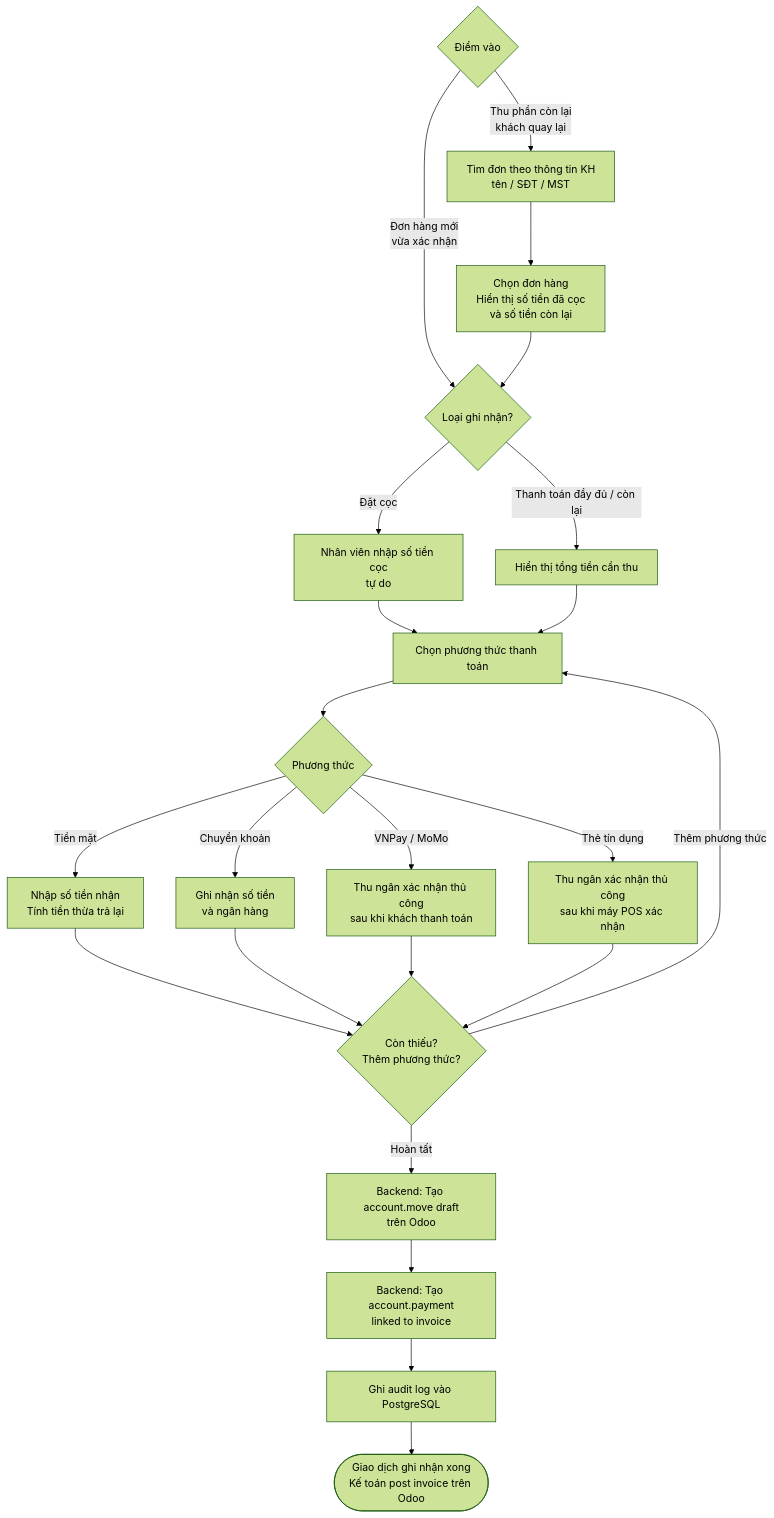
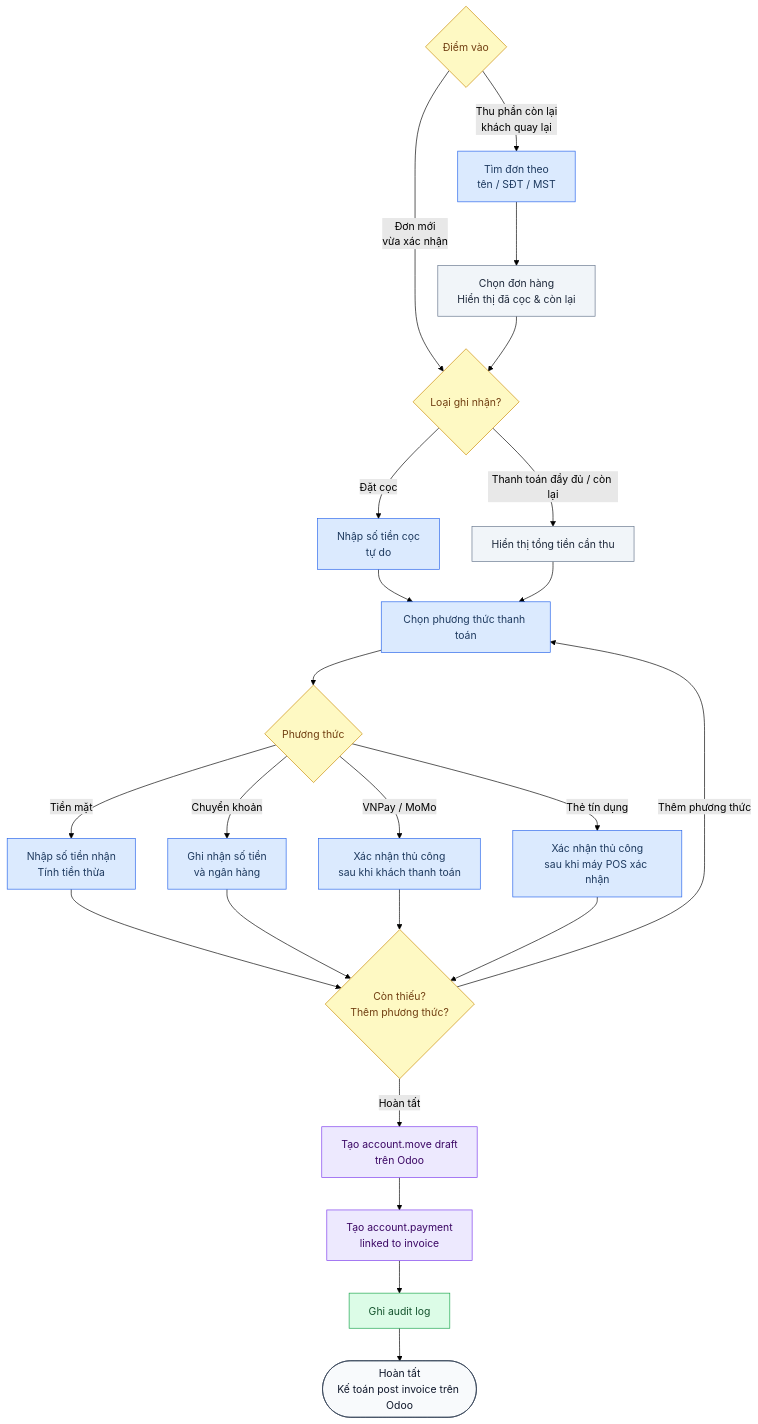
The eighth of 10 diagrams in docs/process_flow.md (ngohuuduc/VJ_mobile_POS), drawn with Mermaid (forest theme) before and after one commit. The commit also changed other lines of this file and 2 other files, not shown here.

Commit message:
Update documentation: Enhance open questions and process flow with detailed answers and color coding for clarity

````diff
--- a/docs/process_flow.md
+++ b/docs/process_flow.md
@@ -189,31 +239,32 @@
 ```mermaid
 flowchart TD
-    START{Điểm vào} -- Đơn hàng mới\nvừa xác nhận --> B
-    START -- Thu phần còn lại\nkhách quay lại --> SEARCH[Tìm đơn theo thông tin KH\ntên / SĐT / MST]
-    SEARCH --> FOUND[Chọn đơn hàng\nHiển thị số tiền đã cọc\nvà số tiền còn lại]
+    classDef user fill:#DBEAFE,stroke:#2563EB,color:#1e3a5f
+    classDef system fill:#F1F5F9,stroke:#64748B,color:#1e293b
+    classDef odoo fill:#EDE9FE,stroke:#7C3AED,color:#3b0764
+    classDef db fill:#DCFCE7,stroke:#16A34A,color:#14532d
+    classDef decision fill:#FEF9C3,stroke:#CA8A04,color:#713f12
+    classDef terminal fill:#F8FAFC,stroke:#334155,color:#0f172a
+
+    START{Điểm vào}:::decision -- Đơn mới\nvừa xác nhận --> B
+    START -- Thu phần còn lại\nkhách quay lại --> SEARCH[Tìm đơn theo\ntên / SĐT / MST]:::user
+    SEARCH --> FOUND[Chọn đơn hàng\nHiển thị đã cọc & còn lại]:::system
     FOUND --> B
-
-    B{Loại ghi nhận?}
-    B -- Đặt cọc --> C[Nhân viên nhập số tiền cọc\ntự do]
-    B -- Thanh toán đầy đủ / còn lại --> D[Hiển thị tổng tiền cần thu]
-
-    C --> E[Chọn phương thức thanh toán]
+    B{Loại ghi nhận?}:::decision -- Đặt cọc --> C[Nhập số tiền cọc\ntự do]:::user
+    B -- Thanh toán đầy đủ / còn lại --> D[Hiển thị tổng tiền cần thu]:::system
+    C --> E[Chọn phương thức thanh toán]:::user
     D --> E
-
-    E --> F{Phương thức}
-    F -- Tiền mặt --> G[Nhập số tiền nhận\nTính tiền thừa trả lại]
-    F -- Chuyển khoản --> H[Ghi nhận số tiền\nvà ngân hàng]
-    F -- VNPay / MoMo --> I[Thu ngân xác nhận thủ công\nsau khi khách thanh toán]
-    F -- Thẻ tín dụng --> J[Thu ngân xác nhận thủ công\nsau khi máy POS xác nhận]
-
-    G --> K{Còn thiếu?\nThêm phương thức?}
+    E --> F{Phương thức}:::decision
+    F -- Tiền mặt --> G[Nhập số tiền nhận\nTính tiền thừa]:::user
+    F -- Chuyển khoản --> H[Ghi nhận số tiền\nvà ngân hàng]:::user
+    F -- VNPay / MoMo --> I[Xác nhận thủ công\nsau khi khách thanh toán]:::user
+    F -- Thẻ tín dụng --> J[Xác nhận thủ công\nsau khi máy POS xác nhận]:::user
+    G --> K{Còn thiếu?\nThêm phương thức?}:::decision
     H --> K
     I --> K
     J --> K
-
     K -- Thêm phương thức --> E
-    K -- Hoàn tất --> L[Backend: Tạo account.move draft\ntrên Odoo]
-    L --> M[Backend: Tạo account.payment\nlinked to invoice]
-    M --> N[Ghi audit log vào PostgreSQL]
-    N --> O([Giao dịch ghi nhận xong\nKế toán post invoice trên Odoo])
+    K -- Hoàn tất --> L[Tạo account.move draft\ntrên Odoo]:::odoo
+    L --> M[Tạo account.payment\nlinked to invoice]:::odoo
+    M --> N[Ghi audit log]:::db
+    N --> O([Hoàn tất\nKế toán post invoice trên Odoo]):::terminal
 ```
````
